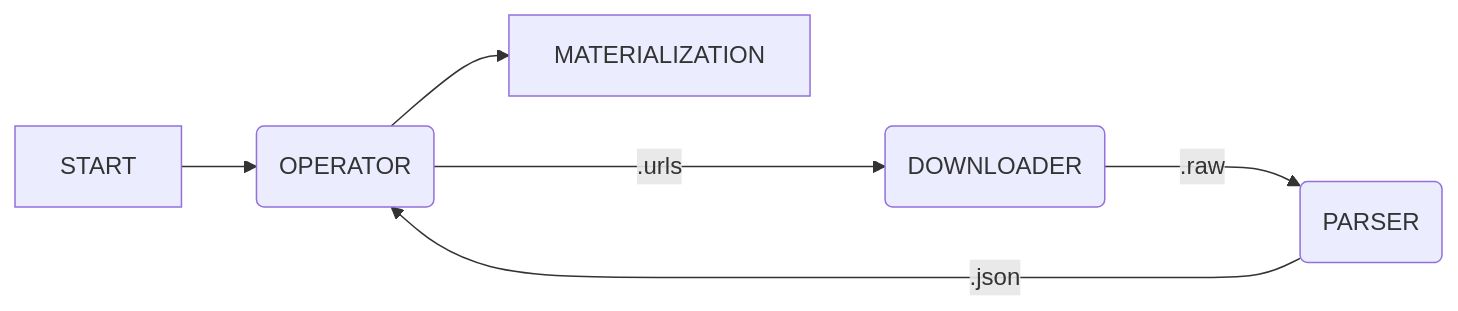
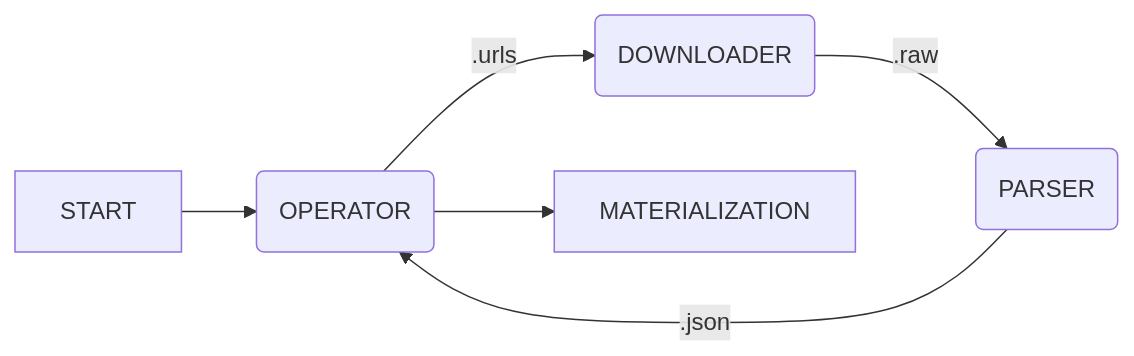
The diagram in README.md (Glutexo/onigumo), drawn with Mermaid before and after one commit.

Commit message:
Consolidate flowchart arrow length
All Mermaid arrows now have two dashes.

````diff
--- a/README.md
+++ b/README.md
@@ -17,8 +17,8 @@
 ```mermaid
 flowchart LR
     START             -->           operator(OPERATOR)
-    operator    -- <hash>.urls --->    downloader(DOWNLOADER)
-    downloader  -- <hash>.raw --->      parser(PARSER)
+    operator    -- <hash>.urls -->    downloader(DOWNLOADER)
+    downloader  -- <hash>.raw -->      parser(PARSER)
     parser      -- <hash>.json -->       operator
     operator           -->          MATERIALIZATION
 ```
````
